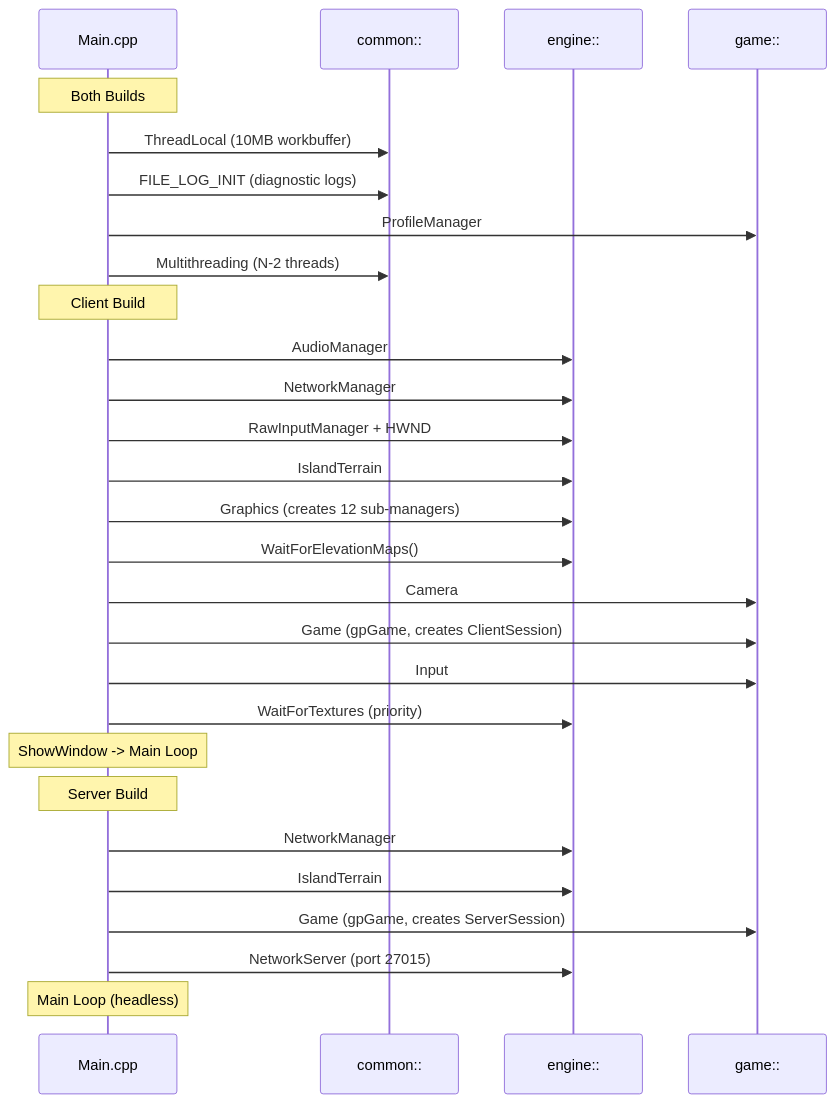
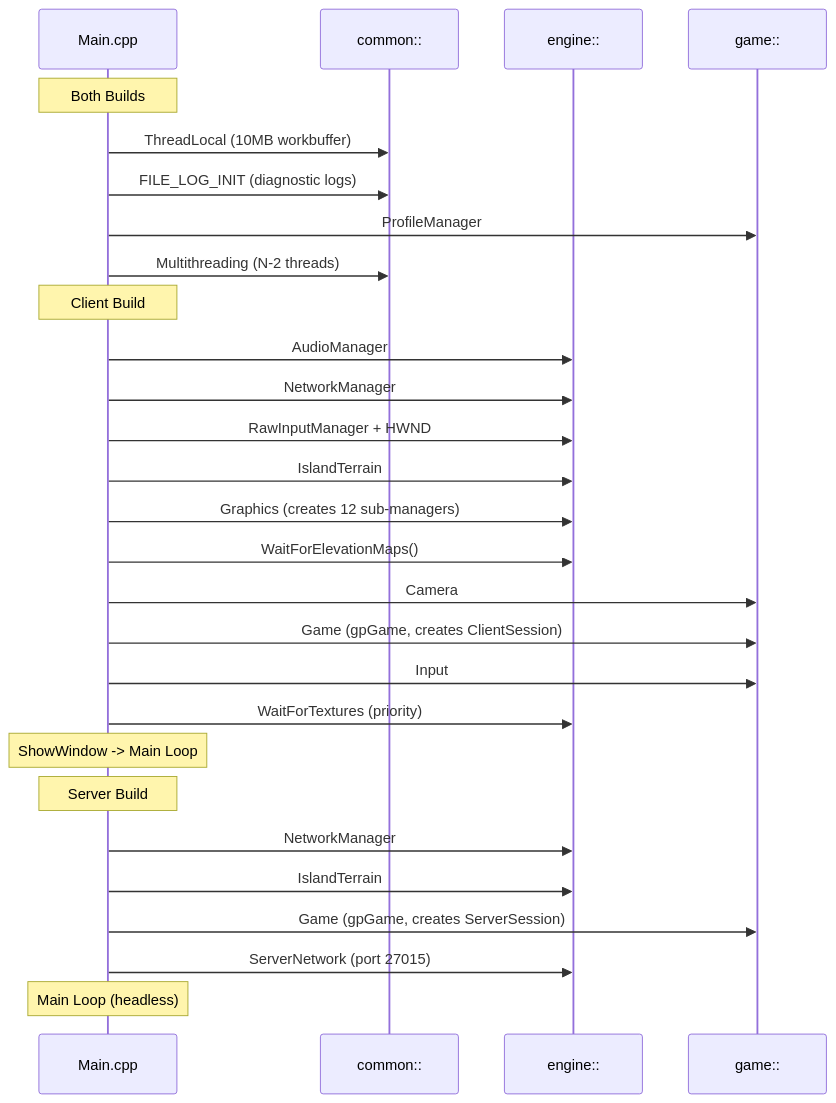
The second of 2 diagrams in Documents/Architecture/SystemOverview.md (DougTanner/BrokenEnginePublic), drawn with Mermaid before and after one commit. The commit also changed other lines of this file and 66 other files, not shown here.

````diff
--- a/Documents/Architecture/SystemOverview.md
+++ b/Documents/Architecture/SystemOverview.md
@@ -77,34 +77,34 @@
 ```mermaid
 %%{init: {'theme': 'default'}}%%
 sequenceDiagram
     participant Main as Main.cpp
     participant Common as common::
     participant Engine as engine::
     participant Game as game::
 
     Note over Main: Both Builds
     Main->>Common: ThreadLocal (10MB workbuffer)
     Main->>Common: FILE_LOG_INIT (diagnostic logs)
     Main->>Game: ProfileManager
     Main->>Common: Multithreading (N-2 threads)
 
     Note over Main: Client Build
     Main->>Engine: AudioManager
     Main->>Engine: NetworkManager
     Main->>Engine: RawInputManager + HWND
     Main->>Engine: IslandTerrain
     Main->>Engine: Graphics (creates 12 sub-managers)
     Main->>Engine: WaitForElevationMaps()
     Main->>Game: Camera
     Main->>Game: Game (gpGame, creates ClientSession)
     Main->>Game: Input
     Main->>Engine: WaitForTextures (priority)
     Note over Main: ShowWindow -> Main Loop
 
     Note over Main: Server Build
     Main->>Engine: NetworkManager
     Main->>Engine: IslandTerrain
     Main->>Game: Game (gpGame, creates ServerSession)
-    Main->>Engine: NetworkServer (port 27015)
+    Main->>Engine: ServerNetwork (port 27015)
     Note over Main: Main Loop (headless)
 ```
````
